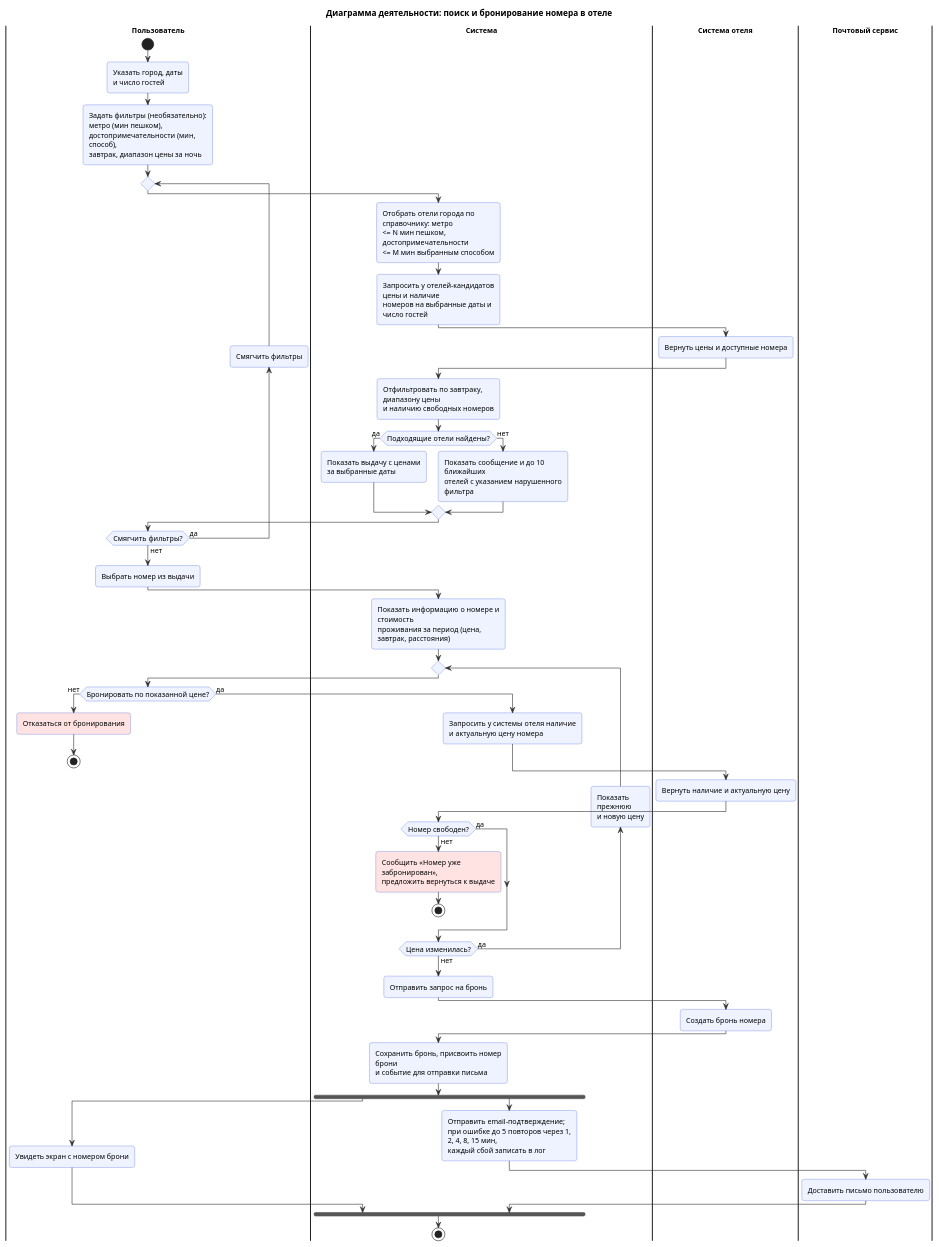
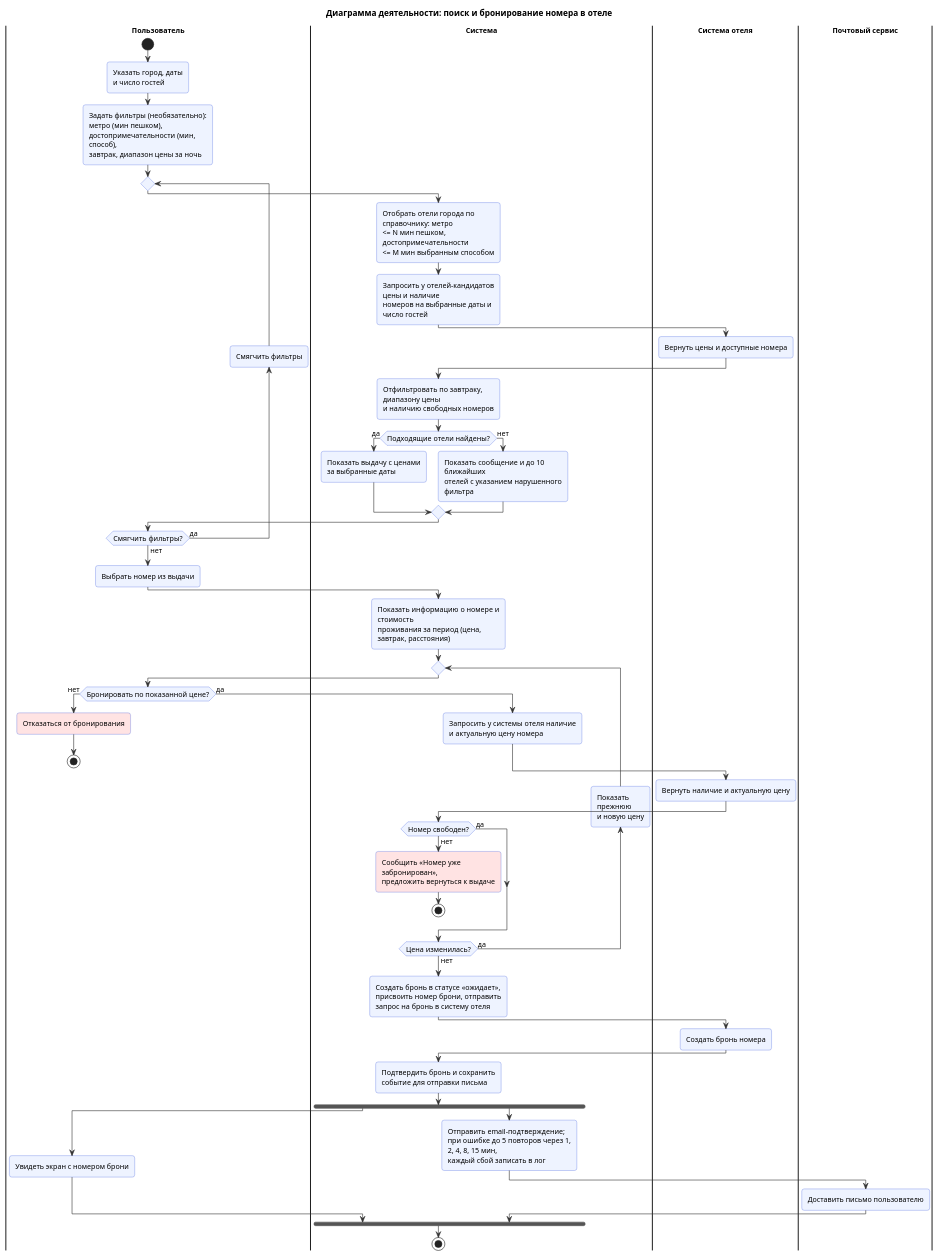
Before and after one commit to Remsely/cu-system-analysis: the diagram in hw2/1_2_activity.puml, drawn with PlantUML. The commit also changed 1 other file, not shown here.

```diff
--- a/hw2/1_2_activity.puml
+++ b/hw2/1_2_activity.puml
@@ -1,81 +1,81 @@
 @startuml
 
 skinparam shadowing false
 skinparam defaultFontSize 12
 skinparam backgroundColor white
 skinparam roundCorner 8
 skinparam ArrowColor #333333
 skinparam wrapWidth 220
 skinparam activity {
   BackgroundColor #EEF3FF
   BorderColor #3B5BDB
 }
 skinparam swimlaneTitleFontStyle bold
 
 title Диаграмма деятельности: поиск и бронирование номера в отеле
 
 |Пользователь|
 start
 :Указать город, даты\nи число гостей;
 
 :Задать фильтры (необязательно): метро (мин пешком),\nдостопримечательности (мин, способ),\nзавтрак, диапазон цены за ночь;
 repeat
   |Система|
   :Отобрать отели города по справочнику: метро\n<= N мин пешком, достопримечательности\n<= M мин выбранным способом;
   :Запросить у отелей-кандидатов цены и наличие\nномеров на выбранные даты и число гостей;
   |Система отеля|
   :Вернуть цены и доступные номера;
   |Система|
   :Отфильтровать по завтраку, диапазону цены\nи наличию свободных номеров;
   if (Подходящие отели найдены?) then (да)
     :Показать выдачу с ценами\nза выбранные даты;
   else (нет)
     :Показать сообщение и до 10 ближайших\nотелей с указанием нарушенного фильтра;
   endif
   |Пользователь|
 backward :Смягчить фильтры;
 repeat while (Смягчить фильтры?) is (да) not (нет)
 
 |Пользователь|
 :Выбрать номер из выдачи;
 |Система|
 :Показать информацию о номере и стоимость\nпроживания за период (цена, завтрак, расстояния);
 repeat
   |Пользователь|
   if (Бронировать по показанной цене?) then (нет)
     #FFE3E3:Отказаться от бронирования;
     stop
   else (да)
     |Система|
     :Запросить у системы отеля наличие\nи актуальную цену номера;
   endif
   |Система отеля|
   :Вернуть наличие и актуальную цену;
   |Система|
   if (Номер свободен?) then (нет)
     #FFE3E3:Сообщить «Номер уже забронирован»,\nпредложить вернуться к выдаче;
     stop
   else (да)
   endif
 |Система|
 backward :Показать\nпрежнюю\nи новую цену;
 repeat while (Цена изменилась?) is (да) not (нет)
 
-:Отправить запрос на бронь;
+:Создать бронь в статусе «ожидает»,\nприсвоить номер брони, отправить\nзапрос на бронь в систему отеля;
 |Система отеля|
 :Создать бронь номера;
 |Система|
-:Сохранить бронь, присвоить номер брони\nи событие для отправки письма;
+:Подтвердить бронь и сохранить\nсобытие для отправки письма;
 fork
   |Пользователь|
   :Увидеть экран с номером брони;
 fork again
   |Система|
   :Отправить email-подтверждение;\nпри ошибке до 5 повторов через 1, 2, 4, 8, 15 мин,\nкаждый сбой записать в лог;
   |Почтовый сервис|
   :Доставить письмо пользователю;
   |Система|
 end fork
 stop
 
 @enduml
```
